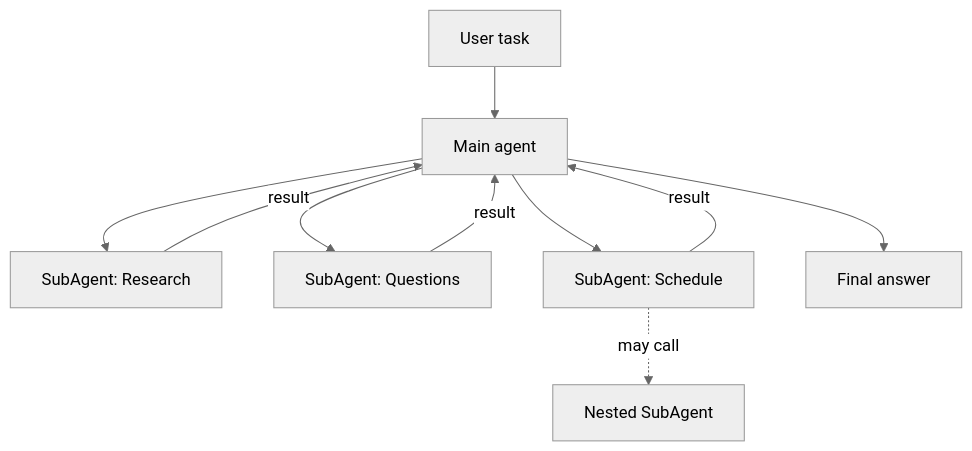
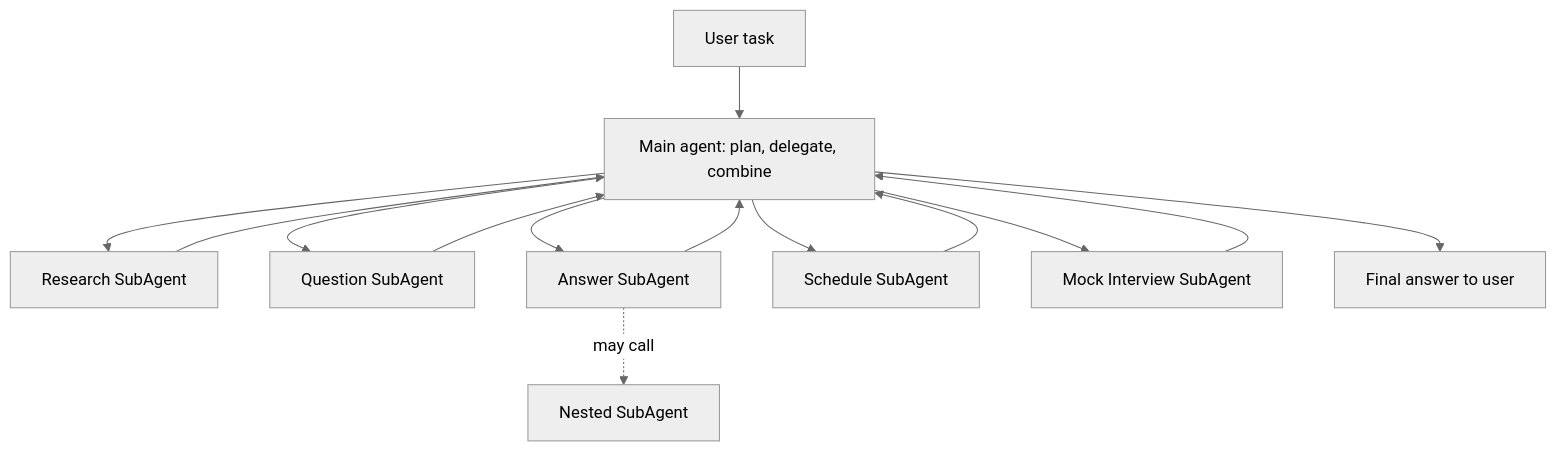
One commit to kaisarnajar/outcome-school-blogs changed the diagram in notes/step-10-ai-agents-and-agentic-systems/131-ai-subagents.md. Above: the diagram before and after it, drawn with Mermaid (neutral theme). The commit also changed other lines of this file and 233 other files, not shown here.

````diff
--- a/notes/step-10-ai-agents-and-agentic-systems/131-ai-subagents.md
+++ b/notes/step-10-ai-agents-and-agentic-systems/131-ai-subagents.md
@@ -37,12 +36,16 @@
 ```mermaid
 flowchart TD
-    U["User task"] --> M["Main agent"]
-    M --> S1["SubAgent: Research"]
-    M --> S2["SubAgent: Questions"]
-    M --> S3["SubAgent: Schedule"]
-    S1 -->|"result"| M
-    S2 -->|"result"| M
-    S3 -->|"result"| M
-    S3 -.->|"may call"| S4["Nested SubAgent"]
-    M --> A["Final answer"]
+    U["User task"] --> M["Main agent: plan, delegate, combine"]
+    M --> R["Research SubAgent"]
+    M --> Q["Question SubAgent"]
+    M --> A["Answer SubAgent"]
+    M --> S["Schedule SubAgent"]
+    M --> MI["Mock Interview SubAgent"]
+    R --> M
+    Q --> M
+    A --> M
+    S --> M
+    MI --> M
+    M --> F["Final answer to user"]
+    A -.->|"may call"| X["Nested SubAgent"]
 ```
````
